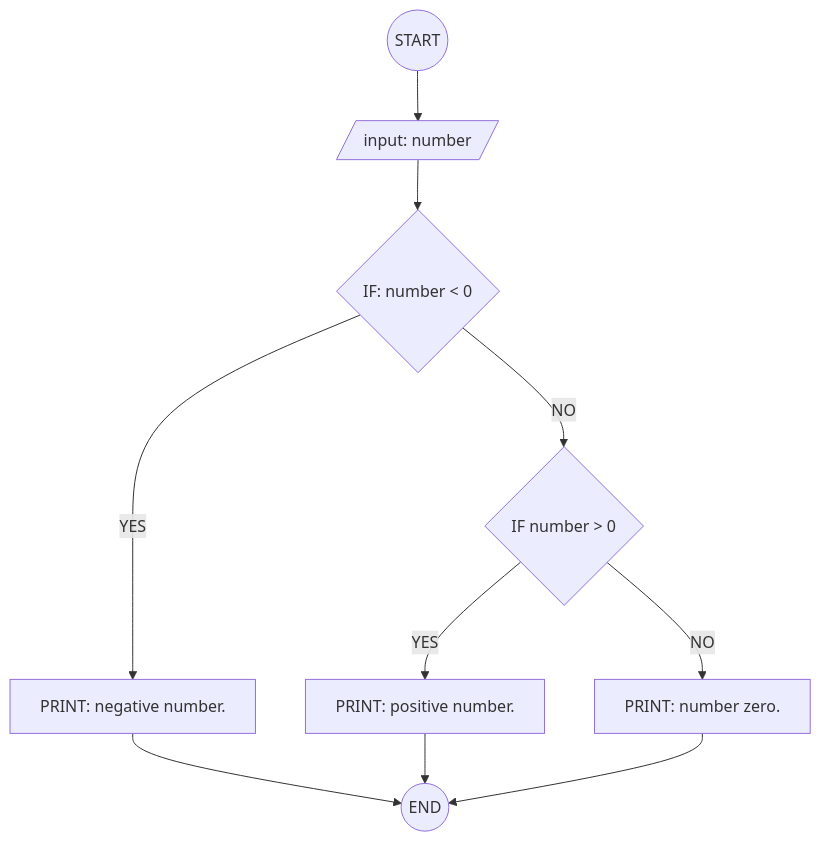
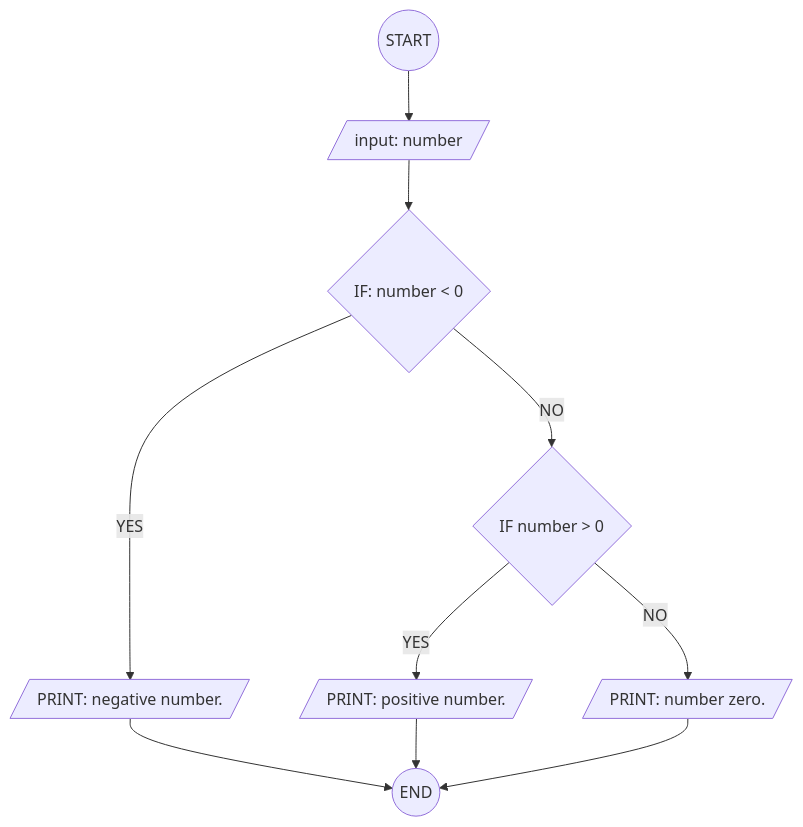
The second of 2 diagrams in Exercise4.md (ihabau/lexicon-WS-flowchats), drawn with Mermaid before and after one commit. The commit also changed other lines of this file and 11 other files, not shown here.

````diff
--- a/Exercise4.md
+++ b/Exercise4.md
@@ -33,7 +33,7 @@
 ```mermaid
 flowchart TD
 S((START)) --> IN[/input: number/]
-IN --> IF1{IF: number < 0} -- YES --> OUTN[PRINT: negative number.] --> E((END))
-IF1 -- NO --> IF2{IF number > 0} -- YES --> OUTP[PRINT: positive number.] --> E
-IF2 -- NO --> OUT0[PRINT: number zero.] --> E
+IN --> IF1{IF: number < 0} -- YES --> OUTN[/PRINT: negative number./] --> E((END))
+IF1 -- NO --> IF2{IF number > 0} -- YES --> OUTP[/PRINT: positive number./] --> E
+IF2 -- NO --> OUT0[/PRINT: number zero./] --> E
 ```
````
